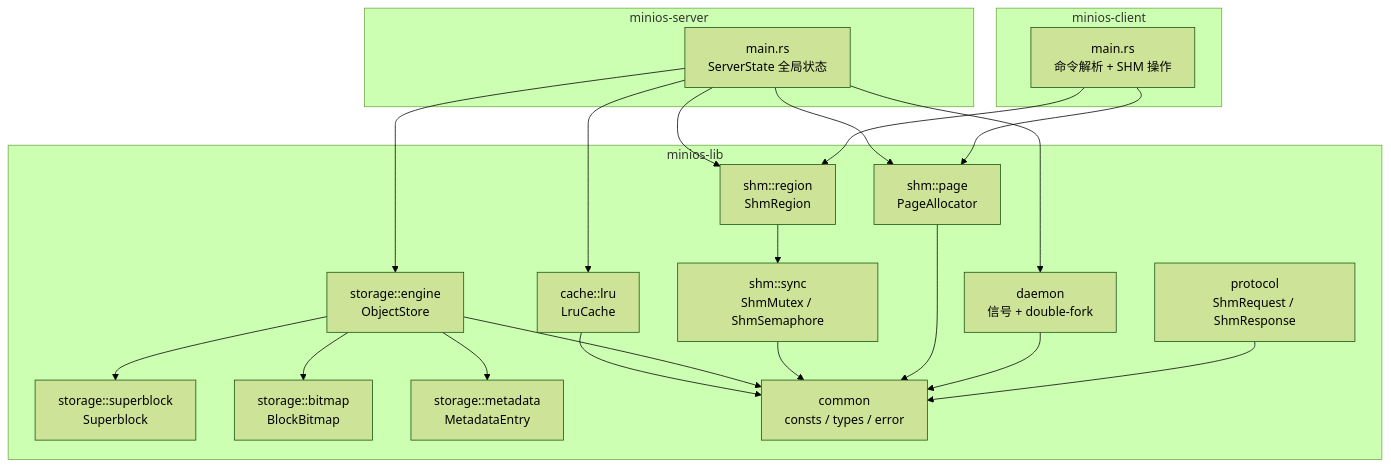
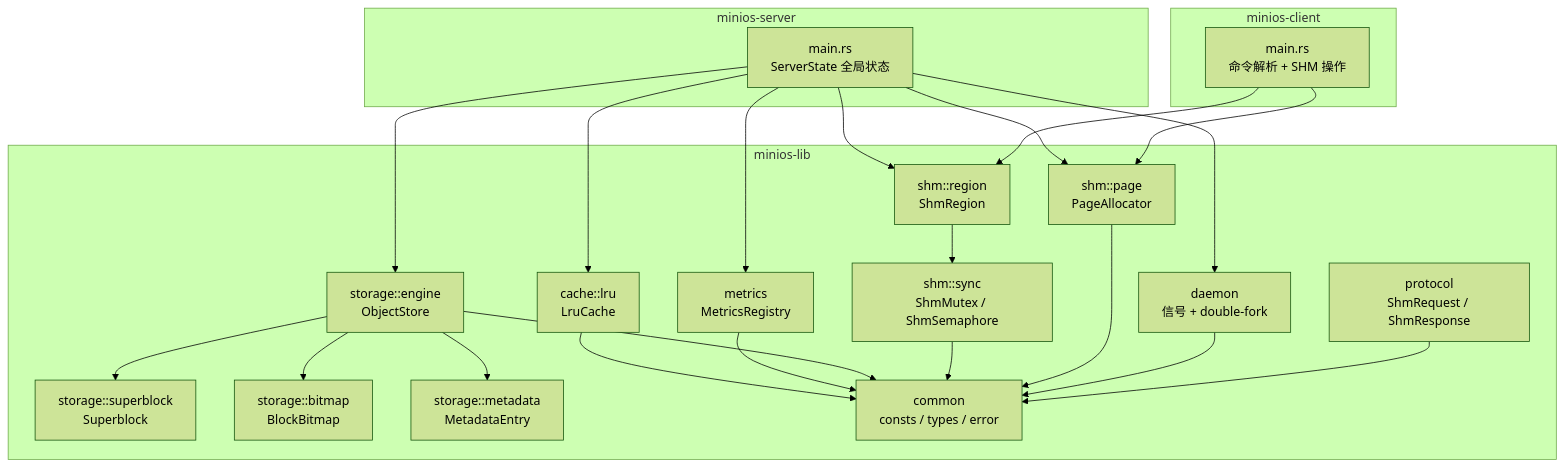
One commit to Faye-bit/MiniOS_CUG_SE_OS changed the second of 8 diagrams in MiniOS_Architecture_Guide.md. Above: the diagram before and after it, drawn with Mermaid (forest theme). The commit also changed other lines of this file and 4 other files, not shown here.

````diff
--- a/MiniOS_Architecture_Guide.md
+++ b/MiniOS_Architecture_Guide.md
@@ -556,42 +570,45 @@
 ```mermaid
 graph TD
     subgraph "minios-server"
         SRV["main.rs<br/>ServerState 全局状态"]
     end
 
     subgraph "minios-client"
         CLI["main.rs<br/>命令解析 + SHM 操作"]
     end
 
     subgraph "minios-lib"
         ENGINE["storage::engine<br/>ObjectStore"]
         SUPERBLOCK["storage::superblock<br/>Superblock"]
         BITMAP["storage::bitmap<br/>BlockBitmap"]
         METADATA["storage::metadata<br/>MetadataEntry"]
         REGION["shm::region<br/>ShmRegion"]
         PAGE["shm::page<br/>PageAllocator"]
         SYNC["shm::sync<br/>ShmMutex / ShmSemaphore"]
         CACHE["cache::lru<br/>LruCache"]
+        METRICS["metrics<br/>MetricsRegistry"]
         PROTOCOL["protocol<br/>ShmRequest / ShmResponse"]
         DAEMON["daemon<br/>信号 + double-fork"]
         COMMON["common<br/>consts / types / error"]
     end
 
     SRV --> ENGINE
     SRV --> REGION
     SRV --> PAGE
     SRV --> CACHE
+    SRV --> METRICS
     SRV --> DAEMON
     CLI --> REGION
     CLI --> PAGE
     ENGINE --> SUPERBLOCK
     ENGINE --> BITMAP
     ENGINE --> METADATA
     REGION --> SYNC
     CACHE --> COMMON
+    METRICS --> COMMON
     ENGINE --> COMMON
     SYNC --> COMMON
     PAGE --> COMMON
     DAEMON --> COMMON
     PROTOCOL --> COMMON
 ```
````
